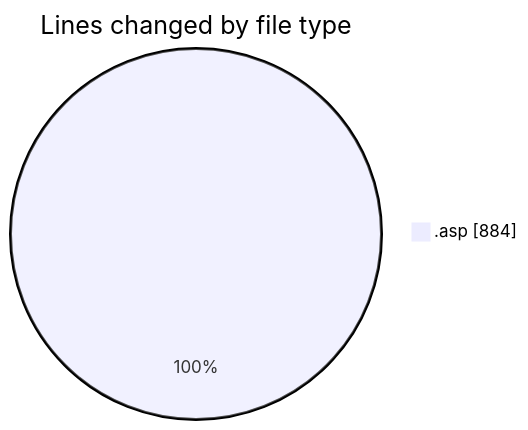
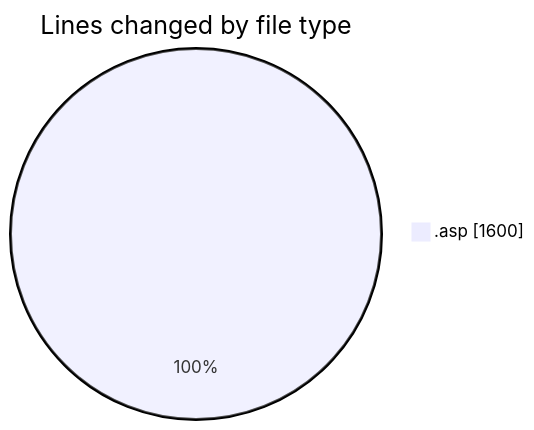
One commit to julien-gomy/code-tracking changed the first of 2 diagrams in 2025-10-10/cdp_aleoudev_fr__workspace_/README.md. Above: the diagram before and after it, drawn with Mermaid. The commit also changed other lines of this file and 1 other file, not shown here.

````diff
--- a/2025-10-10/cdp_aleoudev_fr__workspace_/README.md
+++ b/2025-10-10/cdp_aleoudev_fr__workspace_/README.md
@@ -20,5 +21,5 @@
 ```mermaid
 pie showData
 title Lines changed by file type
-".asp" : 884
+".asp" : 1600
 ```
````
